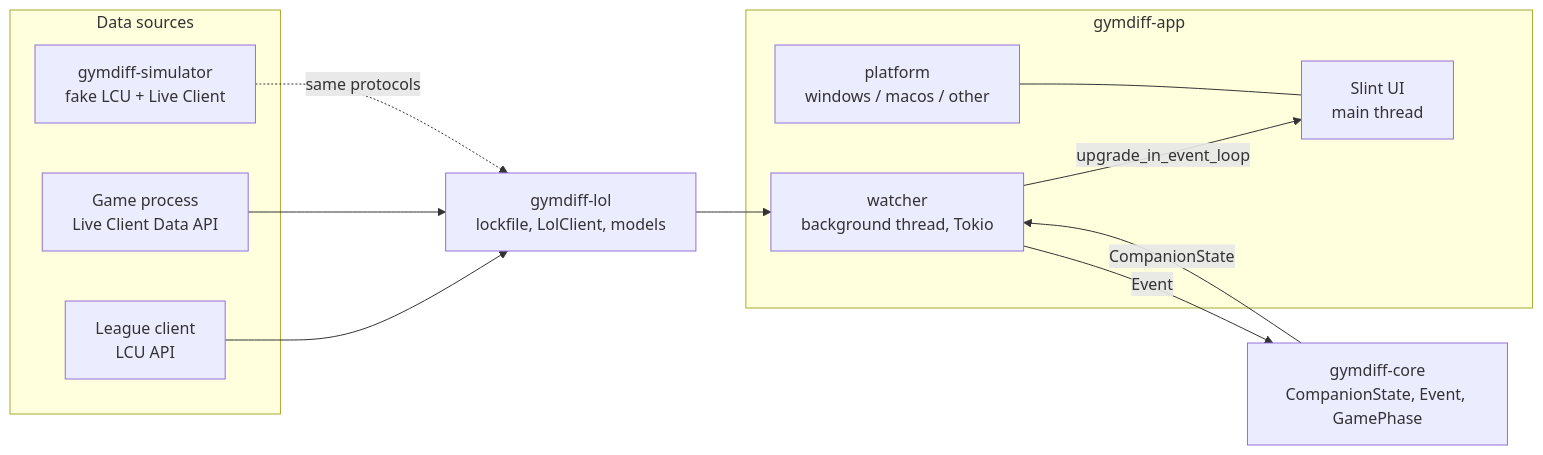
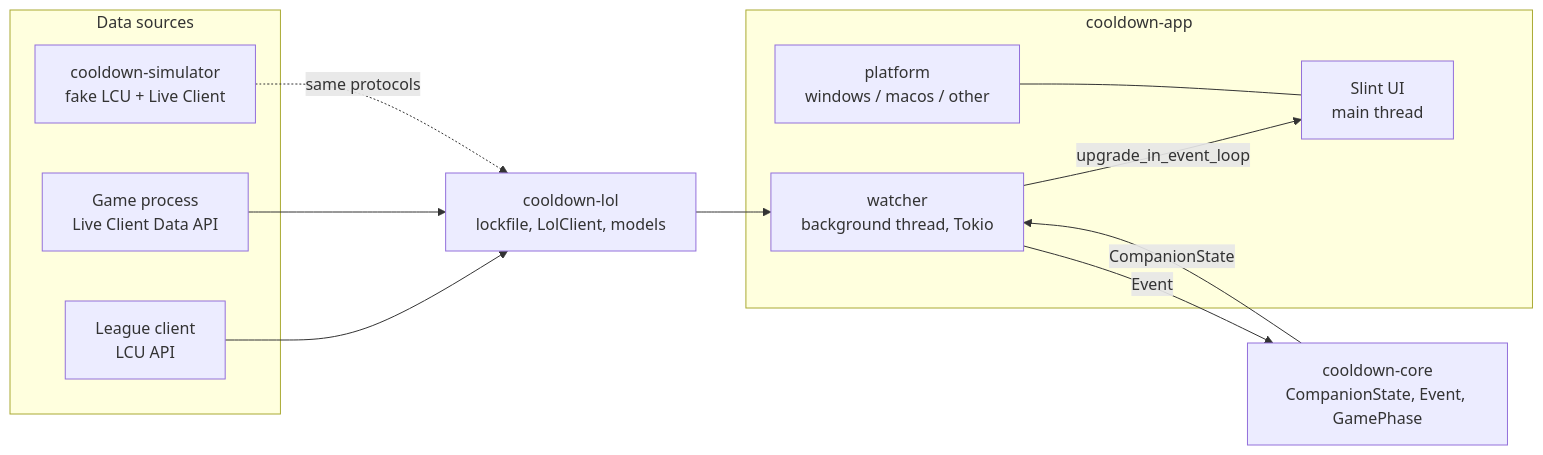
One commit to fgirardey/gymdiff changed the diagram in docs/Architecture/Overview.md. Above: the diagram before and after it, drawn with Mermaid. The commit also changed other lines of this file and 305 other files, not shown here.

````diff
--- a/docs/Architecture/Overview.md
+++ b/docs/Architecture/Overview.md
@@ -5,26 +5,26 @@
 ```mermaid
 flowchart LR
     subgraph sources[Data sources]
         LCU[League client<br/>LCU API]
         LIVE[Game process<br/>Live Client Data API]
-        SIM[gymdiff-simulator<br/>fake LCU + Live Client]
+        SIM[cooldown-simulator<br/>fake LCU + Live Client]
     end
 
-    subgraph app[gymdiff-app]
+    subgraph app[cooldown-app]
         W[watcher<br/>background thread, Tokio]
         UI[Slint UI<br/>main thread]
         P[platform<br/>windows / macos / other]
     end
 
-    LOL[gymdiff-lol<br/>lockfile, LolClient, models]
-    CORE[gymdiff-core<br/>CompanionState, Event, GamePhase]
+    LOL[cooldown-lol<br/>lockfile, LolClient, models]
+    CORE[cooldown-core<br/>CompanionState, Event, GamePhase]
 
     LCU --> LOL
     LIVE --> LOL
     SIM -. same protocols .-> LOL
     LOL --> W
     W -- Event --> CORE
     CORE -- CompanionState --> W
     W -- upgrade_in_event_loop --> UI
     P --- UI
 ```
````
